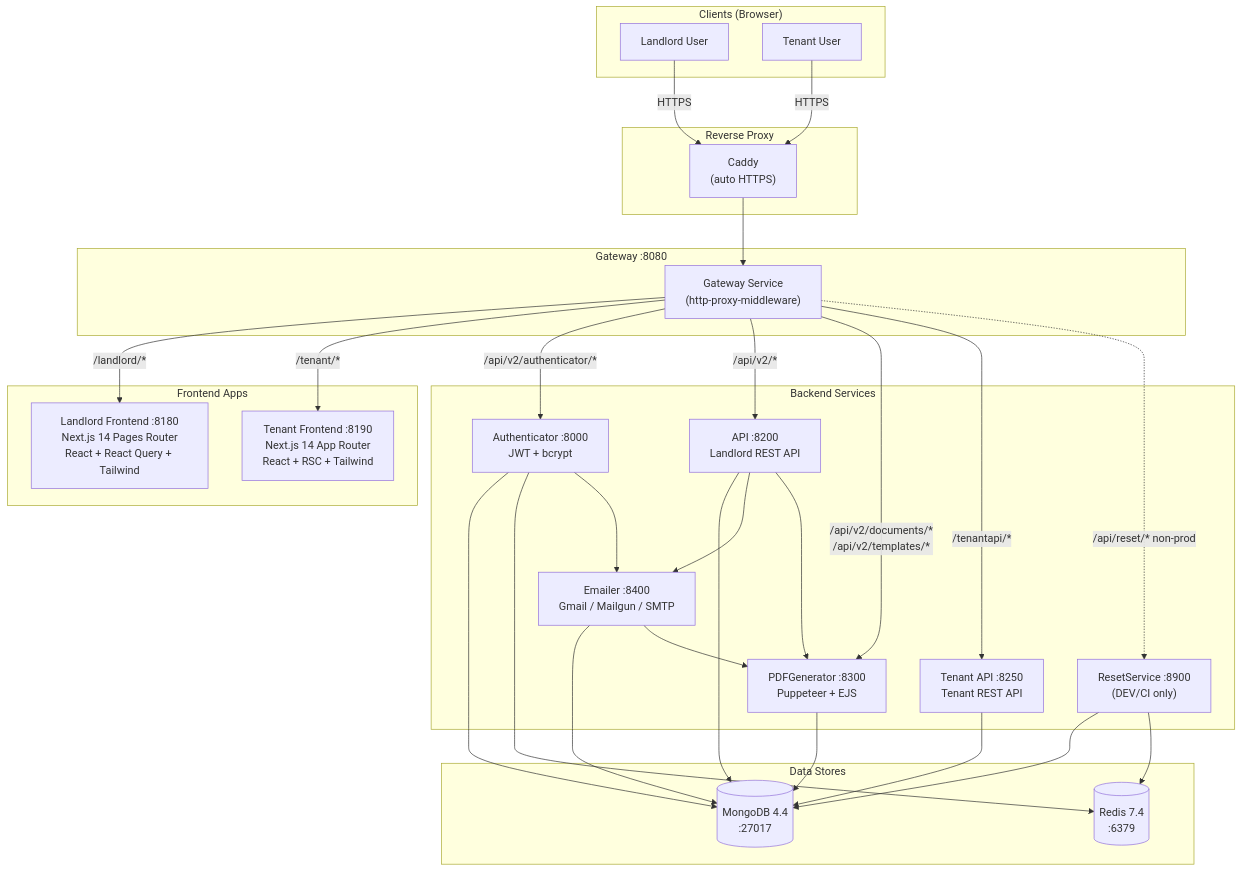
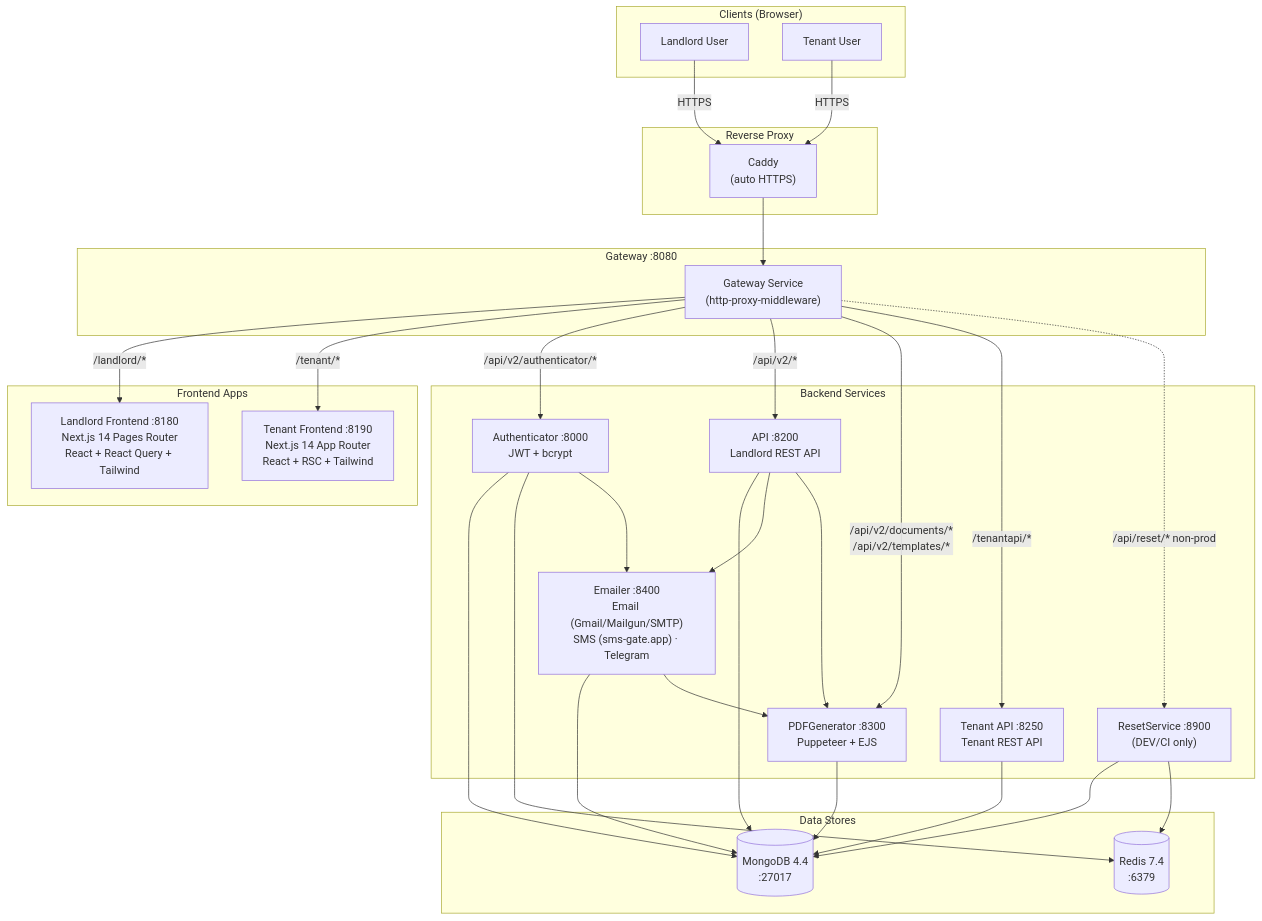
The first of 6 diagrams in .kiro/steering/architecture-diagrams.md (directorscut82/microrealestate), drawn with Mermaid before and after one commit. The commit also changed other lines of this file and 10 other files, not shown here.

````diff
--- a/.kiro/steering/architecture-diagrams.md
+++ b/.kiro/steering/architecture-diagrams.md
@@ -9,59 +9,59 @@
 ```mermaid
 graph TB
     subgraph Clients["Clients (Browser)"]
         Landlord["Landlord User"]
         TenantUser["Tenant User"]
     end
 
     subgraph ReverseProxy["Reverse Proxy"]
         Caddy["Caddy<br/>(auto HTTPS)"]
     end
 
     subgraph Gateway["Gateway :8080"]
         GW["Gateway Service<br/>(http-proxy-middleware)"]
     end
 
     subgraph Frontends["Frontend Apps"]
         LF["Landlord Frontend :8180<br/>Next.js 14 Pages Router<br/>React + React Query + Tailwind"]
         TF["Tenant Frontend :8190<br/>Next.js 14 App Router<br/>React + RSC + Tailwind"]
     end
 
     subgraph BackendServices["Backend Services"]
         AUTH["Authenticator :8000<br/>JWT + bcrypt"]
         API["API :8200<br/>Landlord REST API"]
         TAPI["Tenant API :8250<br/>Tenant REST API"]
-        EMAIL["Emailer :8400<br/>Gmail / Mailgun / SMTP"]
+        EMAIL["Emailer :8400<br/>Email (Gmail/Mailgun/SMTP)<br/>SMS (sms-gate.app) · Telegram"]
         PDF["PDFGenerator :8300<br/>Puppeteer + EJS"]
         RESET["ResetService :8900<br/>(DEV/CI only)"]
     end
 
     subgraph DataStores["Data Stores"]
         MONGO[("MongoDB 4.4<br/>:27017")]
         REDIS[("Redis 7.4<br/>:6379")]
     end
 
     Landlord -->|HTTPS| Caddy
     TenantUser -->|HTTPS| Caddy
     Caddy --> GW
 
     GW -->|/landlord/*| LF
     GW -->|/tenant/*| TF
     GW -->|/api/v2/authenticator/*| AUTH
     GW -->|/api/v2/*| API
     GW -->|/api/v2/documents/*<br/>/api/v2/templates/*| PDF
     GW -->|/tenantapi/*| TAPI
     GW -.->|/api/reset/* non-prod| RESET
 
     AUTH --> MONGO
     AUTH --> REDIS
     AUTH --> EMAIL
     API --> MONGO
     API --> EMAIL
     API --> PDF
     TAPI --> MONGO
     EMAIL --> MONGO
     EMAIL --> PDF
     PDF --> MONGO
     RESET --> MONGO
     RESET --> REDIS
 ```
````
